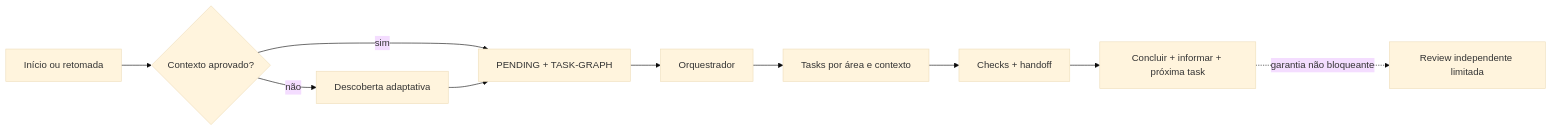
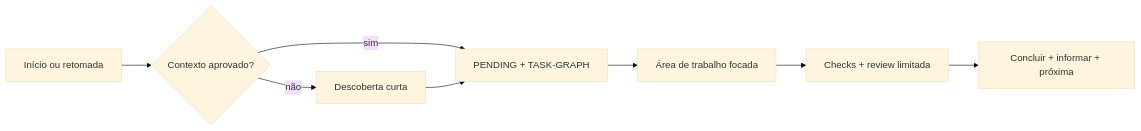
One commit to Eduardo-Salvador/Agent-Harness-Kit changed the diagram in README.pt-BR.md. Above: the diagram before and after it, drawn with Mermaid (base theme). The commit also changed other lines of this file and 38 other files, not shown here.

````diff
--- a/README.pt-BR.md
+++ b/README.pt-BR.md
@@ -192,12 +82,10 @@
 ```mermaid
 flowchart LR
     S[Início ou retomada] --> C{Contexto aprovado?}
-    C -- não --> D[Descoberta adaptativa]
+    C -- não --> D[Descoberta curta]
     C -- sim --> P[PENDING + TASK-GRAPH]
     D --> P
-    P --> O[Orquestrador]
-    O --> T[Tasks por área e contexto]
-    T --> H[Checks + handoff]
-    H --> X[Concluir + informar + próxima task]
-    X -. garantia não bloqueante .-> R[Review independente limitada]
+    P --> W[Área de trabalho focada]
+    W --> V[Checks + review limitada]
+    V --> X[Concluir + informar + próxima]
 ```
````
